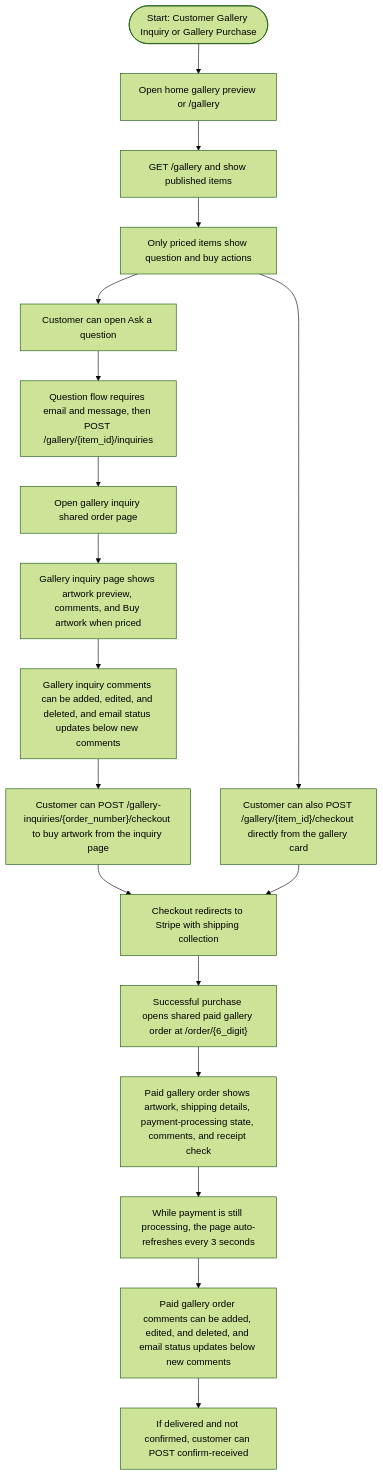
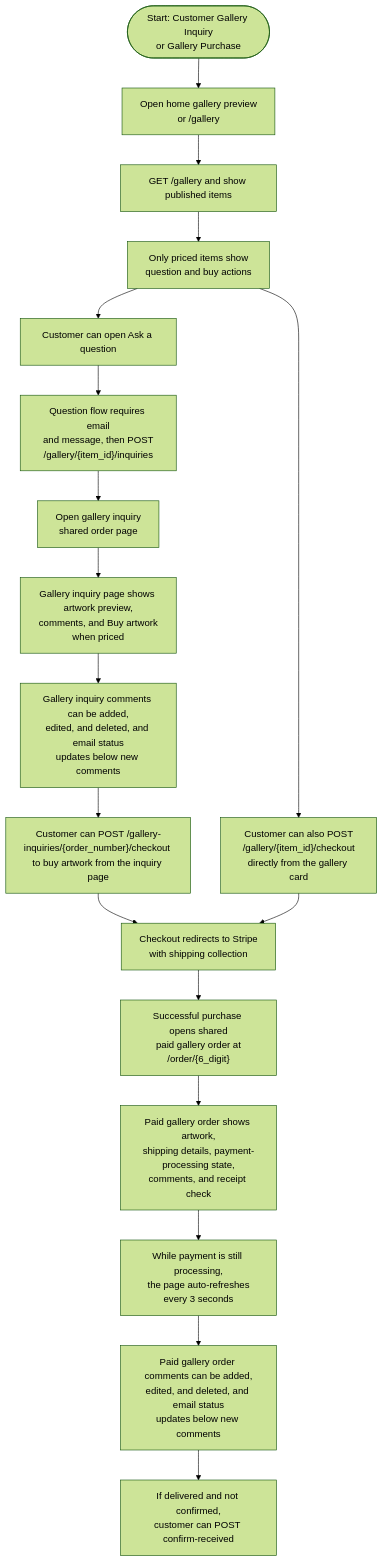
Before and after one commit to david-lytikainen/SAS: the third of 3 diagrams in 0_KC/flowchart.md, drawn with Mermaid (forest theme). The commit also changed other lines of this file and 6 other files, not shown here.

Commit message:
Polish KC flowcharts

````diff
--- a/0_KC/flowchart.md
+++ b/0_KC/flowchart.md
@@ -67,23 +67,23 @@
 ```mermaid
 flowchart TB
-  C0([Start: Customer Gallery Inquiry or Gallery Purchase])
-  C1[Open home gallery preview or /gallery]
+  C0([Start: Customer Gallery Inquiry<br/>or Gallery Purchase])
+  C1["Open home gallery preview<br/>or /gallery"]
   C2[GET /gallery and show published items]
-  C3[Only priced items show question and buy actions]
+  C3["Only priced items show<br/>question and buy actions"]
   C4[Customer can open Ask a question]
-  C5["Question flow requires email and message, then POST /gallery/{item_id}/inquiries"]
-  C6[Open gallery inquiry shared order page]
-  C7[Gallery inquiry page shows artwork preview, comments, and Buy artwork when priced]
-  C8[Gallery inquiry comments can be added, edited, and deleted, and email status updates below new comments]
+  C5["Question flow requires email<br/>and message, then POST<br/>/gallery/{item_id}/inquiries"]
+  C6["Open gallery inquiry<br/>shared order page"]
+  C7["Gallery inquiry page shows artwork preview,<br/>comments, and Buy artwork<br/>when priced"]
+  C8["Gallery inquiry comments can be added,<br/>edited, and deleted, and email status<br/>updates below new comments"]
   C9["Customer can POST /gallery-inquiries/{order_number}/checkout to buy artwork from the inquiry page"]
-  C10["Customer can also POST /gallery/{item_id}/checkout directly from the gallery card"]
-  C11[Checkout redirects to Stripe with shipping collection]
-  C12["Successful purchase opens shared paid gallery order at /order/{6_digit}"]
-  C13[Paid gallery order shows artwork, shipping details, payment-processing state, comments, and receipt check]
-  C14[While payment is still processing, the page auto-refreshes every 3 seconds]
-  C15[Paid gallery order comments can be added, edited, and deleted, and email status updates below new comments]
-  C16[If delivered and not confirmed, customer can POST confirm-received]
+  C10["Customer can also POST<br/>/gallery/{item_id}/checkout<br/>directly from the gallery card"]
+  C11["Checkout redirects to Stripe<br/>with shipping collection"]
+  C12["Successful purchase opens shared<br/>paid gallery order at<br/>/order/{6_digit}"]
+  C13["Paid gallery order shows artwork,<br/>shipping details, payment-processing state,<br/>comments, and receipt check"]
+  C14["While payment is still processing,<br/>the page auto-refreshes<br/>every 3 seconds"]
+  C15["Paid gallery order comments can be added,<br/>edited, and deleted, and email status<br/>updates below new comments"]
+  C16["If delivered and not confirmed,<br/>customer can POST confirm-received"]
 
   C0 --> C1 --> C2 --> C3 --> C4 --> C5 --> C6 --> C7 --> C8 --> C9 --> C11 --> C12 --> C13 --> C14 --> C15 --> C16
   C3 --> C10 --> C11
 ```
````
